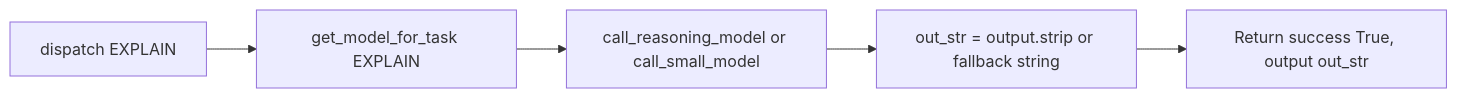
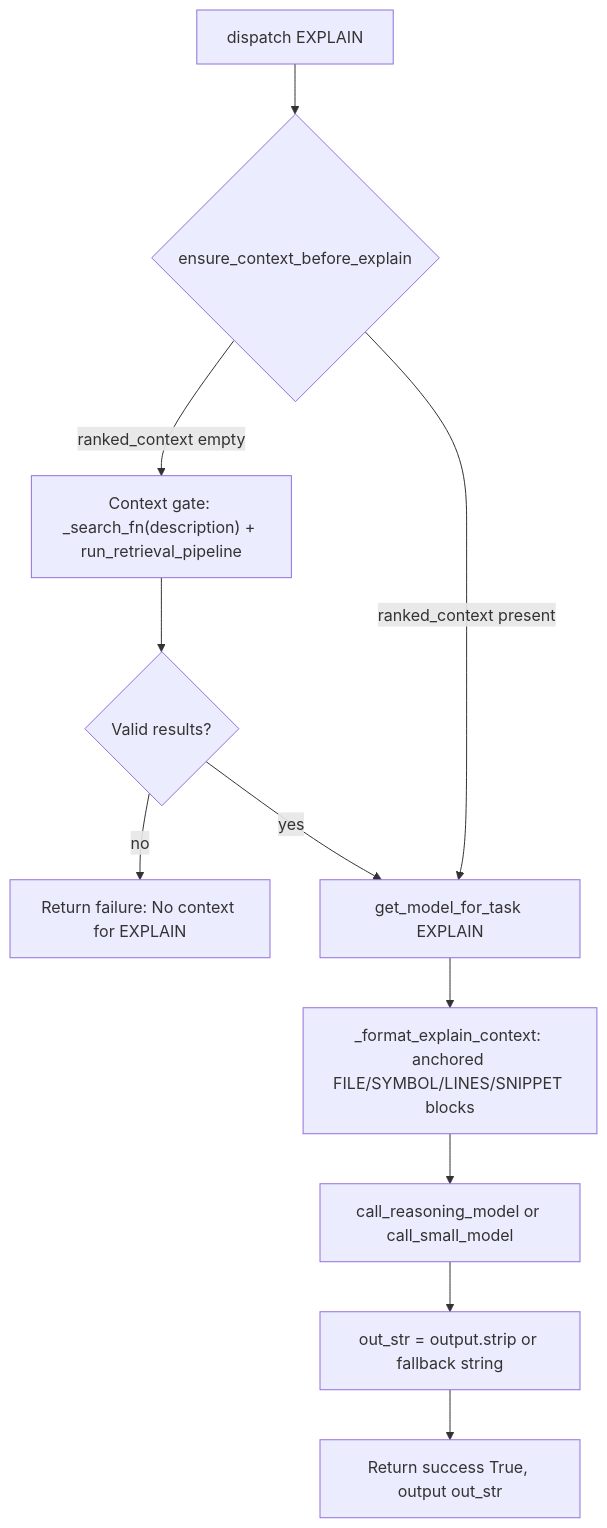
The seventh of 9 diagrams in Docs/AGENT_LOOP_WORKFLOW.md (Pugsy-Explores/AutoStudio), drawn with Mermaid before and after one commit. The commit also changed other lines of this file and 81 other files, not shown here.

First line of the commit message:
feat: retrieval pipeline expansion, trace observability, and policy engine improvements

````diff
--- a/Docs/AGENT_LOOP_WORKFLOW.md
+++ b/Docs/AGENT_LOOP_WORKFLOW.md
@@ -191,7 +212,13 @@
 ```mermaid
-flowchart LR
-    X["dispatch EXPLAIN"] --> X1["get_model_for_task EXPLAIN"]
-    X1 --> X2["call_reasoning_model or call_small_model"]
-    X2 --> X3["out_str = output.strip or fallback string"]
-    X3 --> X4["Return success True, output out_str"]
+flowchart TB
+    X["dispatch EXPLAIN"] --> X0{"ensure_context_before_explain"}
+    X0 -->|ranked_context empty| XG["Context gate: _search_fn(description) + run_retrieval_pipeline"]
+    XG --> XG2{"Valid results?"}
+    XG2 -->|no| XF["Return failure: No context for EXPLAIN"]
+    XG2 -->|yes| X1
+    X0 -->|ranked_context present| X1["get_model_for_task EXPLAIN"]
+    X1 --> X2["_format_explain_context: anchored FILE/SYMBOL/LINES/SNIPPET blocks"]
+    X2 --> X3["call_reasoning_model or call_small_model"]
+    X3 --> X4["out_str = output.strip or fallback string"]
+    X4 --> X5["Return success True, output out_str"]
 ```
````
